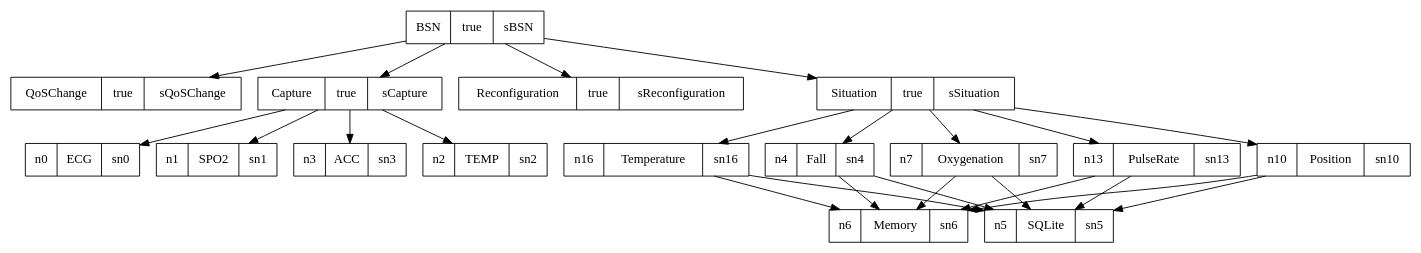
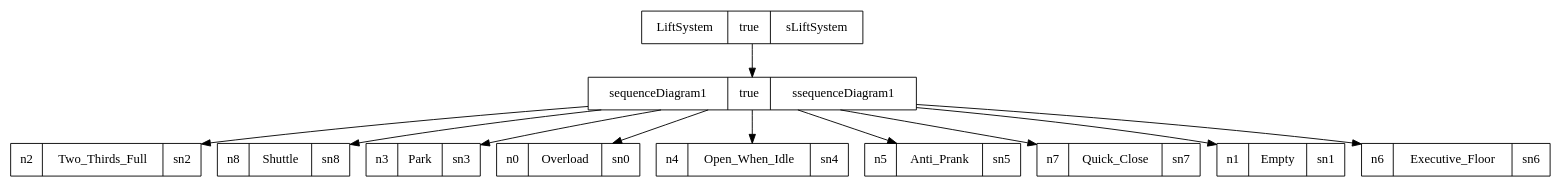
One commit to SPLMC/spl-generator changed the diagram in src/generatedModels/rdg_rdg.dot. Above: the diagram before and after it, drawn with Graphviz. The commit also changed 43 other files, not shown here.

```diff
--- a/src/generatedModels/rdg_rdg.dot
+++ b/src/generatedModels/rdg_rdg.dot
@@ -1,49 +1,23 @@
 digraph graphname {
-BSN[shape=record, label="{{BSN|true|sBSN}}"];
-QoSChange[shape=record, label="{{QoSChange|true|sQoSChange}}"];
-Capture[shape=record, label="{{Capture|true|sCapture}}"];
-n1[shape=record, label="{{n1|SPO2|sn1}}"];
-n3[shape=record, label="{{n3|ACC|sn3}}"];
-n2[shape=record, label="{{n2|TEMP|sn2}}"];
-n0[shape=record, label="{{n0|ECG|sn0}}"];
-Reconfiguration[shape=record, label="{{Reconfiguration|true|sReconfiguration}}"];
-Situation[shape=record, label="{{Situation|true|sSituation}}"];
-n16[shape=record, label="{{n16|Temperature|sn16}}"];
-n6[shape=record, label="{{n6|Memory|sn6}}"];
-n5[shape=record, label="{{n5|SQLite|sn5}}"];
-n4[shape=record, label="{{n4|Fall|sn4}}"];
-n6[shape=record, label="{{n6|Memory|sn6}}"];
-n5[shape=record, label="{{n5|SQLite|sn5}}"];
-n7[shape=record, label="{{n7|Oxygenation|sn7}}"];
-n6[shape=record, label="{{n6|Memory|sn6}}"];
-n5[shape=record, label="{{n5|SQLite|sn5}}"];
-n13[shape=record, label="{{n13|PulseRate|sn13}}"];
-n6[shape=record, label="{{n6|Memory|sn6}}"];
-n5[shape=record, label="{{n5|SQLite|sn5}}"];
-n10[shape=record, label="{{n10|Position|sn10}}"];
-n6[shape=record, label="{{n6|Memory|sn6}}"];
-n5[shape=record, label="{{n5|SQLite|sn5}}"];
-BSN -> QoSChange;
-BSN -> Capture;
-Capture -> n1;
-Capture -> n3;
-Capture -> n2;
-Capture -> n0;
-BSN -> Reconfiguration;
-BSN -> Situation;
-Situation -> n16;
-n16 -> n6;
-n16 -> n5;
-Situation -> n4;
-n4 -> n6;
-n4 -> n5;
-Situation -> n7;
-n7 -> n6;
-n7 -> n5;
-Situation -> n13;
-n13 -> n6;
-n13 -> n5;
-Situation -> n10;
-n10 -> n6;
-n10 -> n5;
+LiftSystem[shape=record, label="{{LiftSystem|true|sLiftSystem}}"];
+sequenceDiagram1[shape=record, label="{{sequenceDiagram1|true|ssequenceDiagram1}}"];
+n2[shape=record, label="{{n2|Two_Thirds_Full|sn2}}"];
+n8[shape=record, label="{{n8|Shuttle|sn8}}"];
+n3[shape=record, label="{{n3|Park|sn3}}"];
+n0[shape=record, label="{{n0|Overload|sn0}}"];
+n4[shape=record, label="{{n4|Open_When_Idle|sn4}}"];
+n5[shape=record, label="{{n5|Anti_Prank|sn5}}"];
+n7[shape=record, label="{{n7|Quick_Close|sn7}}"];
+n1[shape=record, label="{{n1|Empty|sn1}}"];
+n6[shape=record, label="{{n6|Executive_Floor|sn6}}"];
+LiftSystem -> sequenceDiagram1;
+sequenceDiagram1 -> n2;
+sequenceDiagram1 -> n8;
+sequenceDiagram1 -> n3;
+sequenceDiagram1 -> n0;
+sequenceDiagram1 -> n4;
+sequenceDiagram1 -> n5;
+sequenceDiagram1 -> n7;
+sequenceDiagram1 -> n1;
+sequenceDiagram1 -> n6;
 }
```
